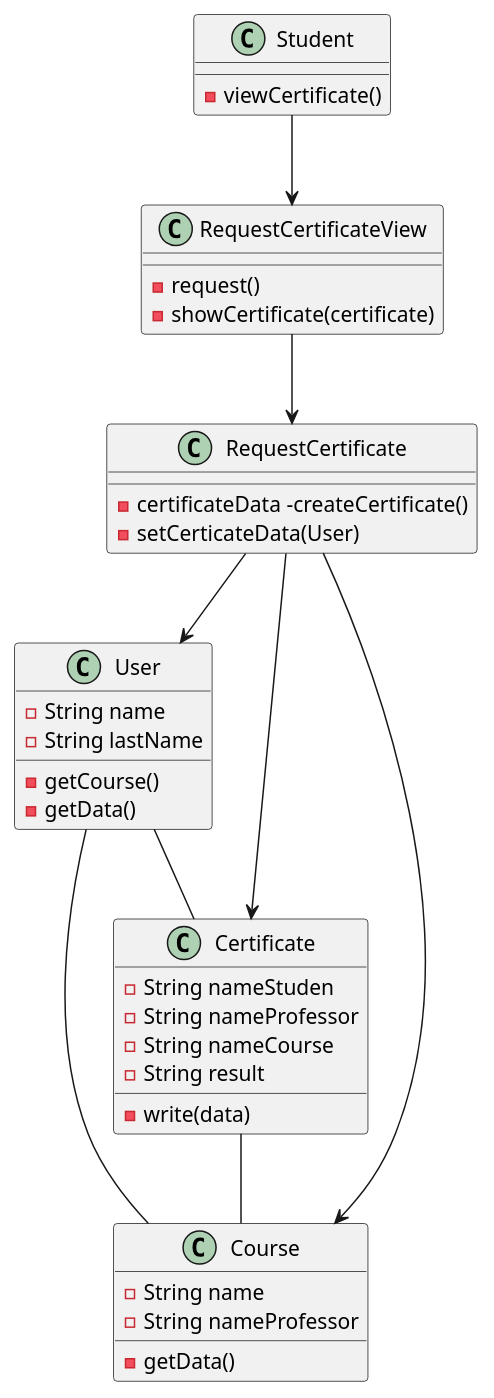
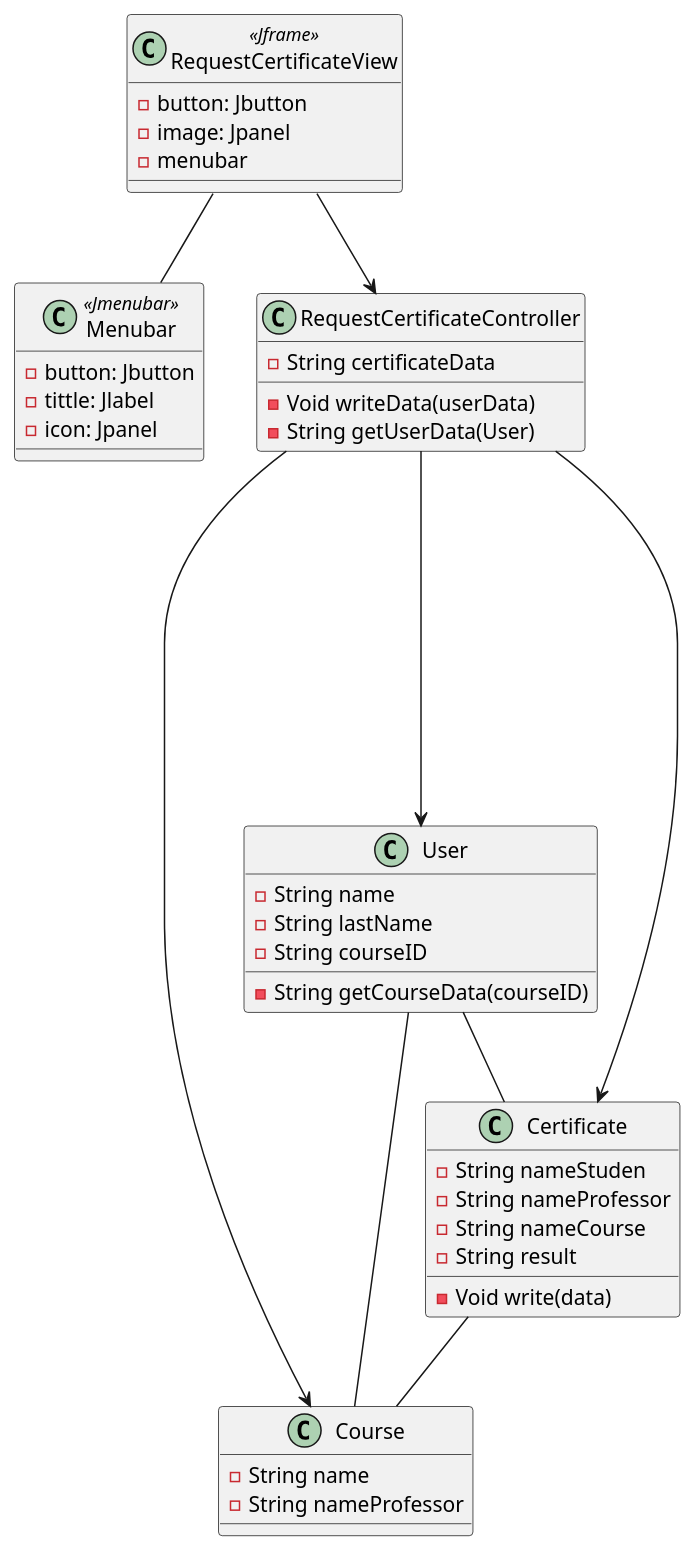
One commit to Carverz/IS-022023_Proyecto-Grupo-4 changed the diagram in docs/logicalView/designView/DiagramaClasesDiseno.plantuml. Above: the diagram before and after it, drawn with PlantUML. The commit also changed 3 other files, not shown here.

```diff
--- a/docs/logicalView/designView/DiagramaClasesDiseno.plantuml
+++ b/docs/logicalView/designView/DiagramaClasesDiseno.plantuml
@@ -1,45 +1,52 @@
 @startuml  DiagramaClasesDisenio
-class Student{ 
-    -viewCertificate()  
+
+class RequestCertificateView<<Jframe>>{ 
+    -button: Jbutton 
+    -image: Jpanel
+    -menubar
 }  
 
-class RequestCertificateView{ 
-    -request() 
-    -showCertificate(certificate)  
-}  
 
-class RequestCertificate{  
-    -certificateData -createCertificate() 
-    -setCerticateData(User) 
+class Menubar<<Jmenubar>>{
+-button: Jbutton
+-tittle: Jlabel
+-icon: Jpanel
+}
+
+
+class RequestCertificateController{  
+    -String certificateData 
+    -Void writeData(userData) 
+    -String getUserData(User) 
 }
 
 class User{ 
     -String name 
-    -String lastName 
-    -getCourse() 
-    -getData() 
+    -String lastName
+    -String courseID 
+    -String getCourseData(courseID) 
 }  
 
 class Course{ 
     -String name 
     -String nameProfessor 
-    -getData() 
 }  
 
 class Certificate{ 
     -String nameStuden 
     -String nameProfessor 
     -String nameCourse 
     -String result  
-    -write(data) 
+    -Void write(data) 
 }   
 
-Student-->RequestCertificateView 
-RequestCertificateView-->RequestCertificate 
-RequestCertificate-->User 
-RequestCertificate-->Course 
-RequestCertificate-->Certificate 
+RequestCertificateView-->RequestCertificateController 
+RequestCertificateView--Menubar
+RequestCertificateController-->User 
+RequestCertificateController---->Course 
+RequestCertificateController------>Certificate 
 User-- Course 
 Certificate-- Course 
 User-- Certificate  
+
 @enduml
```
